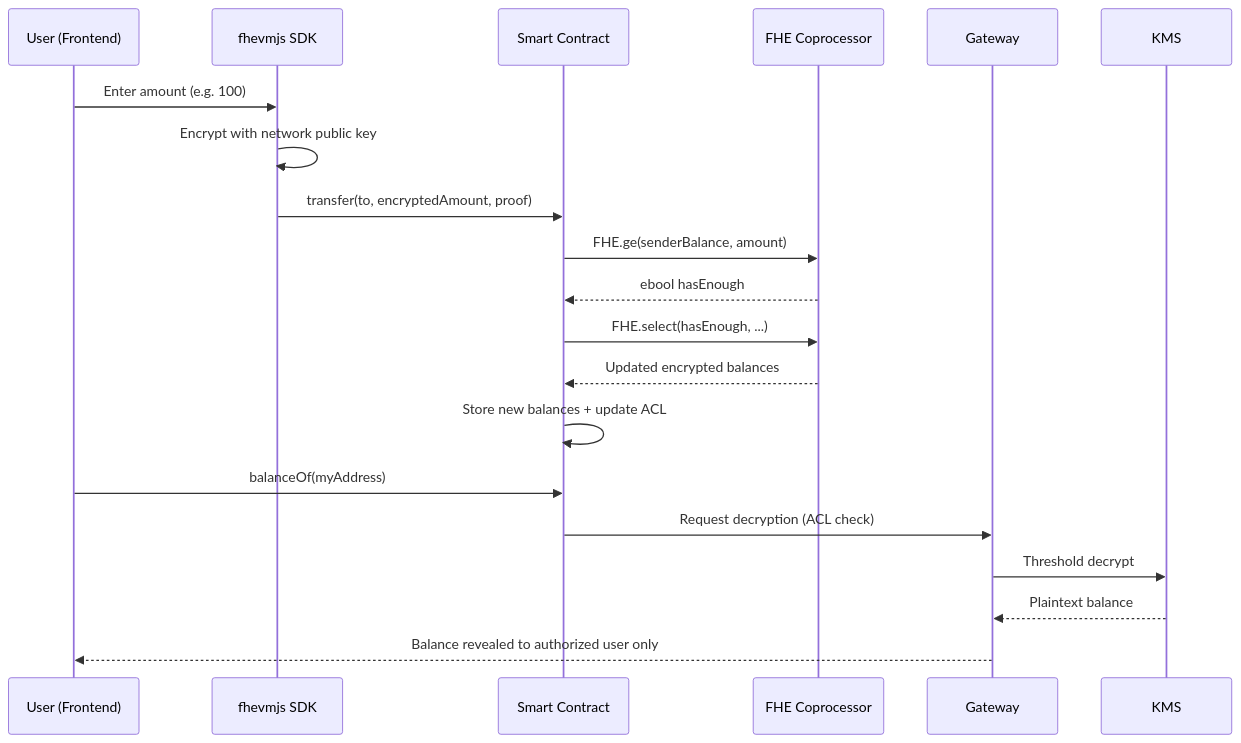
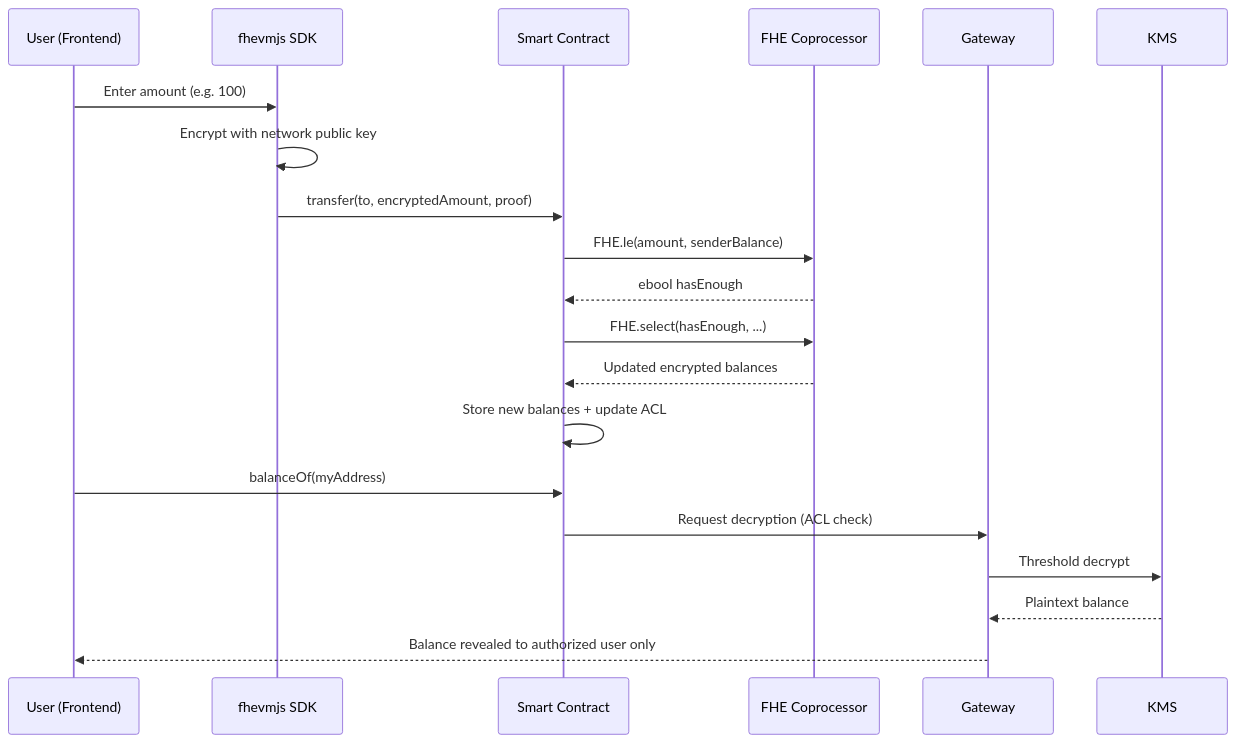
One commit to Himess/fhevm-bootcamp changed the fourth of 4 diagrams in modules/01-intro-to-fhe/lesson.md. Above: the diagram before and after it, drawn with Mermaid. The commit also changed other lines of this file and 18 other files, not shown here.

````diff
--- a/modules/01-intro-to-fhe/lesson.md
+++ b/modules/01-intro-to-fhe/lesson.md
@@ -497,23 +495,23 @@
 ```mermaid
 sequenceDiagram
     participant User as User (Frontend)
     participant SDK as fhevmjs SDK
     participant Contract as Smart Contract
     participant Coprocessor as FHE Coprocessor
     participant Gateway as Gateway
     participant KMS as KMS
 
     User->>SDK: Enter amount (e.g. 100)
     SDK->>SDK: Encrypt with network public key
     SDK->>Contract: transfer(to, encryptedAmount, proof)
-    Contract->>Coprocessor: FHE.ge(senderBalance, amount)
+    Contract->>Coprocessor: FHE.le(amount, senderBalance)
     Coprocessor-->>Contract: ebool hasEnough
     Contract->>Coprocessor: FHE.select(hasEnough, ...)
     Coprocessor-->>Contract: Updated encrypted balances
     Contract->>Contract: Store new balances + update ACL
     User->>Contract: balanceOf(myAddress)
     Contract->>Gateway: Request decryption (ACL check)
     Gateway->>KMS: Threshold decrypt
     KMS-->>Gateway: Plaintext balance
     Gateway-->>User: Balance revealed to authorized user only
 ```
````
